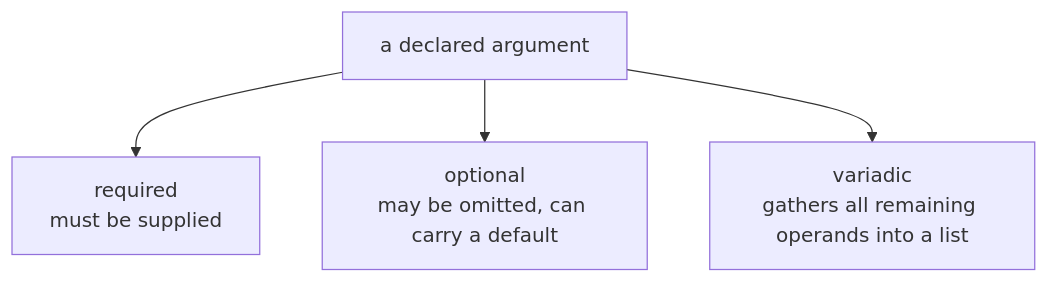
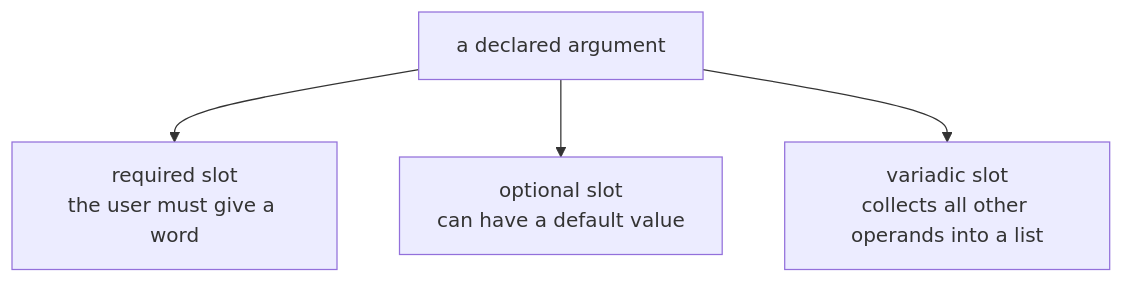
The second of 4 diagrams in docs/examples/commander/.cluedoc/positional-arguments/README.md (KeunwooPark/cluedoc), drawn with Mermaid before and after one commit. The commit also changed other lines of this file and 22 other files, not shown here.

````diff
--- a/docs/examples/commander/.cluedoc/positional-arguments/README.md
+++ b/docs/examples/commander/.cluedoc/positional-arguments/README.md
@@ -41,6 +47,6 @@
 ```mermaid
 flowchart TD
-    A["a declared argument"] --> R["required<br/>must be supplied"]
-    A --> O["optional<br/>may be omitted, can carry a default"]
-    A --> V["variadic<br/>gathers all remaining operands into a list"]
+    A["a declared argument"] --> R["required slot<br/>the user must give a word"]
+    A --> O["optional slot<br/>can have a default value"]
+    A --> V["variadic slot<br/>collects all other operands into a list"]
 ```
````
